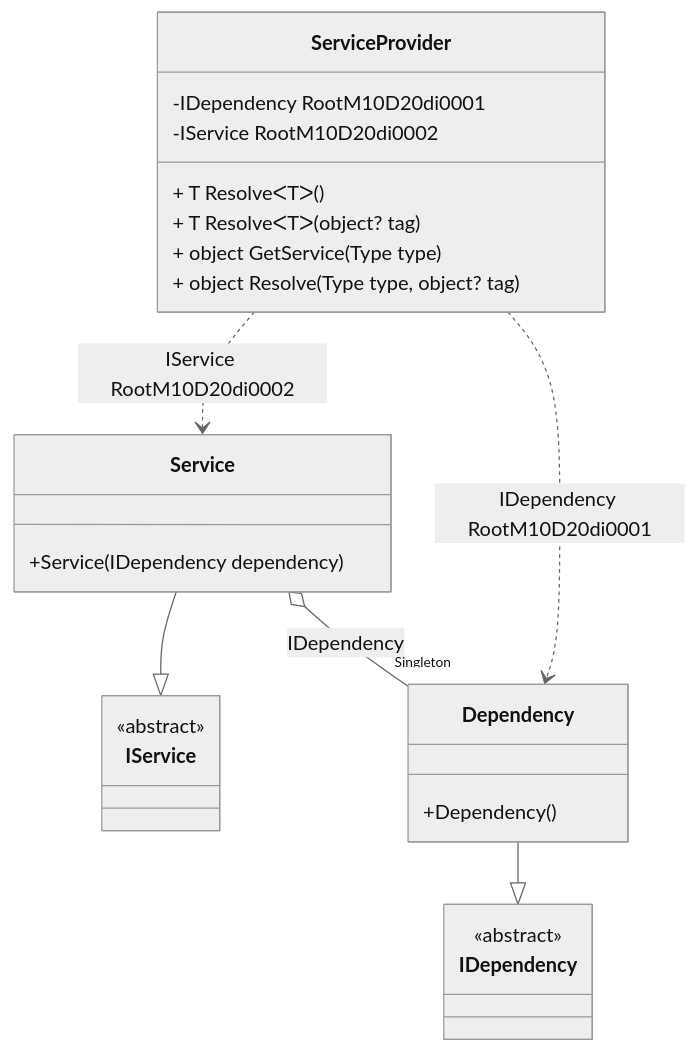
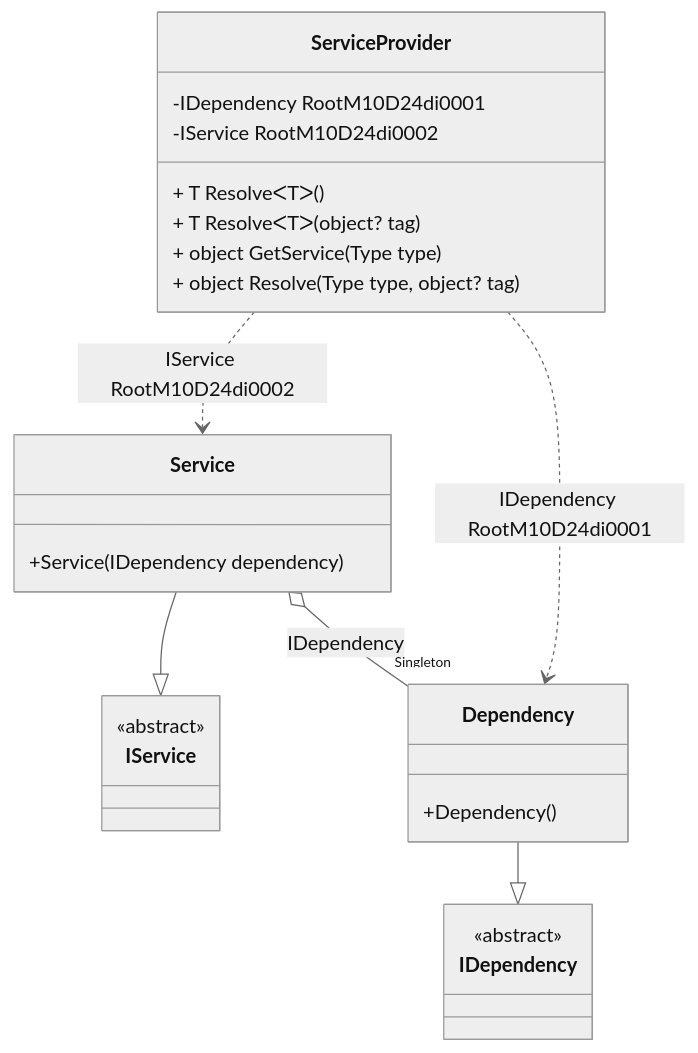
One commit to DevTeam/Pure.DI changed the diagram in readme/service-provider.md. Above: the diagram before and after it, drawn with Mermaid (neutral theme). The commit also changed other lines of this file and 69 other files, not shown here.

````diff
--- a/readme/service-provider.md
+++ b/readme/service-provider.md
@@ -49,28 +49,28 @@
 ```mermaid
 classDiagram
   class ServiceProvider {
-    -IDependency RootM10D20di0001
-    -IService RootM10D20di0002
+    -IDependency RootM10D24di0001
+    -IService RootM10D24di0002
     + T ResolveᐸTᐳ()
     + T ResolveᐸTᐳ(object? tag)
     + object GetService(Type type)
     + object Resolve(Type type, object? tag)
   }
   Service --|> IService : 
   class Service {
     +Service(IDependency dependency)
   }
   Dependency --|> IDependency : 
   class Dependency {
     +Dependency()
   }
   class IService {
     <<abstract>>
   }
   class IDependency {
     <<abstract>>
   }
   Service o--  "Singleton" Dependency : IDependency
-  ServiceProvider ..> Dependency : IDependency RootM10D20di0001
-  ServiceProvider ..> Service : IService RootM10D20di0002
+  ServiceProvider ..> Dependency : IDependency RootM10D24di0001
+  ServiceProvider ..> Service : IService RootM10D24di0002
 ```
````
